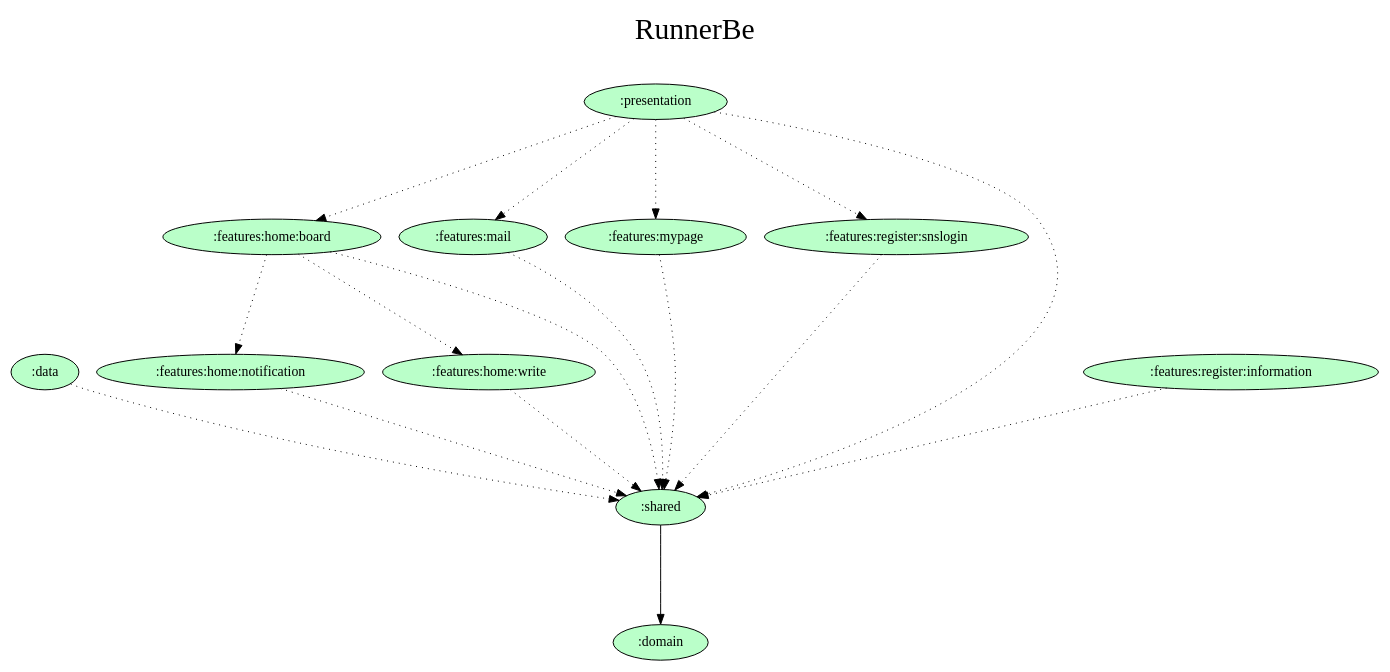
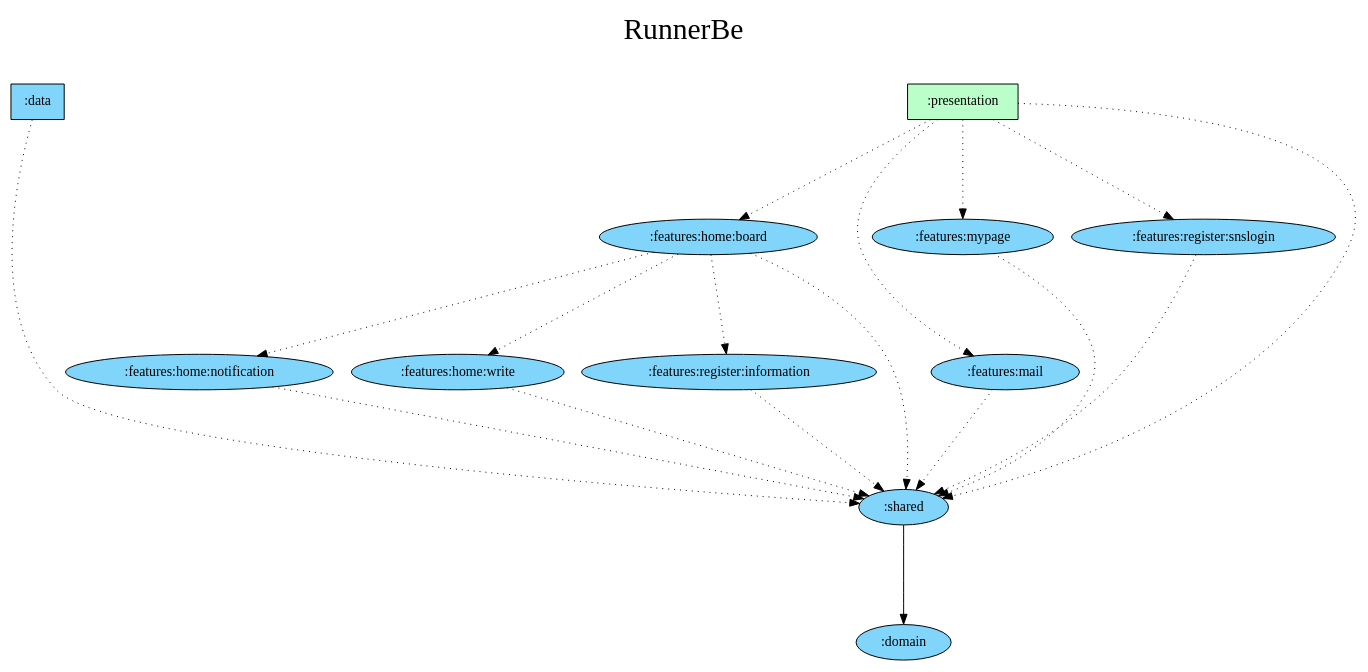
One commit to jisungbin/RunnerBe-Android changed the diagram in art/project-graph.dot. Above: the diagram before and after it, drawn with Graphviz. The commit also changed 2 other files, not shown here.

```diff
--- a/art/project-graph.dot
+++ b/art/project-graph.dot
@@ -1,40 +1,41 @@
 digraph {
   graph [label="RunnerBe\n ",labelloc=t,fontsize=30,ranksep=1.4];
   node [style=filled, fillcolor="#bbbbbb"];
   rankdir=TB;
 
   # Projects
 
-  ":data" [fillcolor="#baffc9"];
-  ":domain" [fillcolor="#baffc9"];
-  ":features:home:board" [fillcolor="#baffc9"];
-  ":features:home:notification" [fillcolor="#baffc9"];
-  ":features:home:write" [fillcolor="#baffc9"];
-  ":features:mail" [fillcolor="#baffc9"];
-  ":features:mypage" [fillcolor="#baffc9"];
-  ":features:register:information" [fillcolor="#baffc9"];
-  ":features:register:snslogin" [fillcolor="#baffc9"];
-  ":presentation" [fillcolor="#baffc9"];
-  ":shared" [fillcolor="#baffc9"];
+  ":data" [shape=box, fillcolor="#81D4FA"];
+  ":domain" [fillcolor="#81D4FA"];
+  ":features:home:board" [fillcolor="#81D4FA"];
+  ":features:home:notification" [fillcolor="#81D4FA"];
+  ":features:home:write" [fillcolor="#81D4FA"];
+  ":features:mail" [fillcolor="#81D4FA"];
+  ":features:mypage" [fillcolor="#81D4FA"];
+  ":features:register:information" [fillcolor="#81D4FA"];
+  ":features:register:snslogin" [fillcolor="#81D4FA"];
+  ":presentation" [shape=box, fillcolor="#baffc9"];
+  ":shared" [fillcolor="#81D4FA"];
 
-  {rank = same;}
+  {rank = same; ":data"; ":presentation";}
 
   # Dependencies
 
   ":data" -> ":shared" [style=dotted]
   ":presentation" -> ":features:mail" [style=dotted]
   ":presentation" -> ":features:mypage" [style=dotted]
   ":presentation" -> ":features:home:board" [style=dotted]
   ":presentation" -> ":features:register:snslogin" [style=dotted]
   ":presentation" -> ":shared" [style=dotted]
   ":shared" -> ":domain"
   ":features:mail" -> ":shared" [style=dotted]
   ":features:mypage" -> ":shared" [style=dotted]
   ":features:home:board" -> ":shared" [style=dotted]
   ":features:home:board" -> ":features:home:write" [style=dotted]
   ":features:home:board" -> ":features:home:notification" [style=dotted]
+  ":features:home:board" -> ":features:register:information" [style=dotted]
   ":features:home:notification" -> ":shared" [style=dotted]
   ":features:home:write" -> ":shared" [style=dotted]
   ":features:register:information" -> ":shared" [style=dotted]
   ":features:register:snslogin" -> ":shared" [style=dotted]
 }
```
